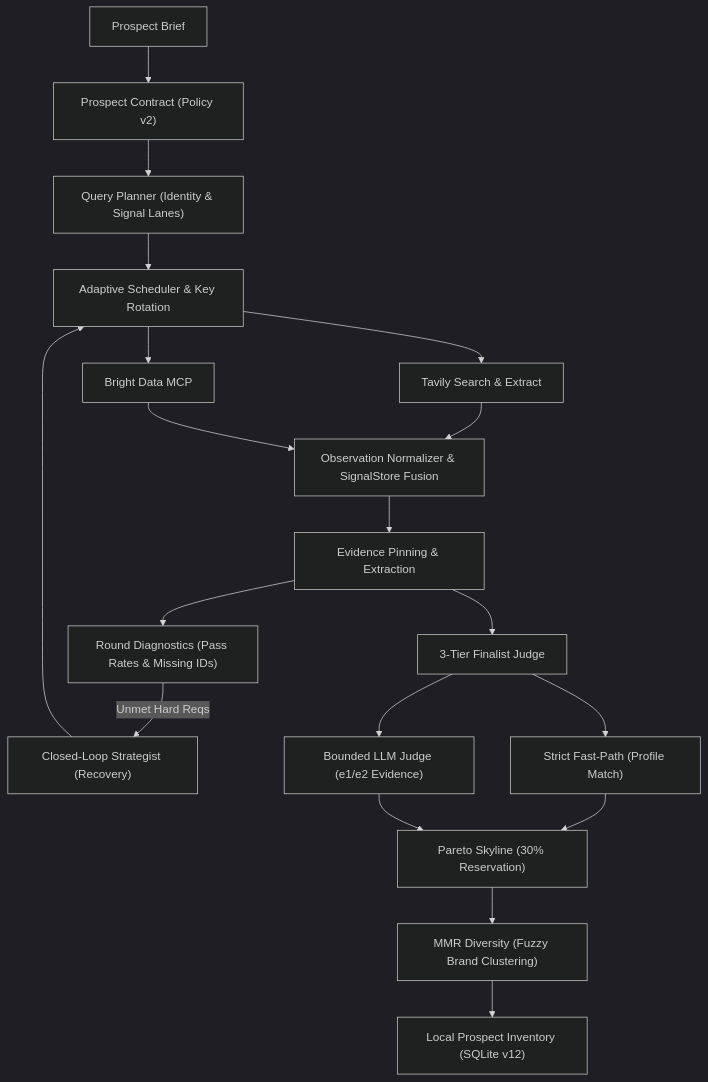
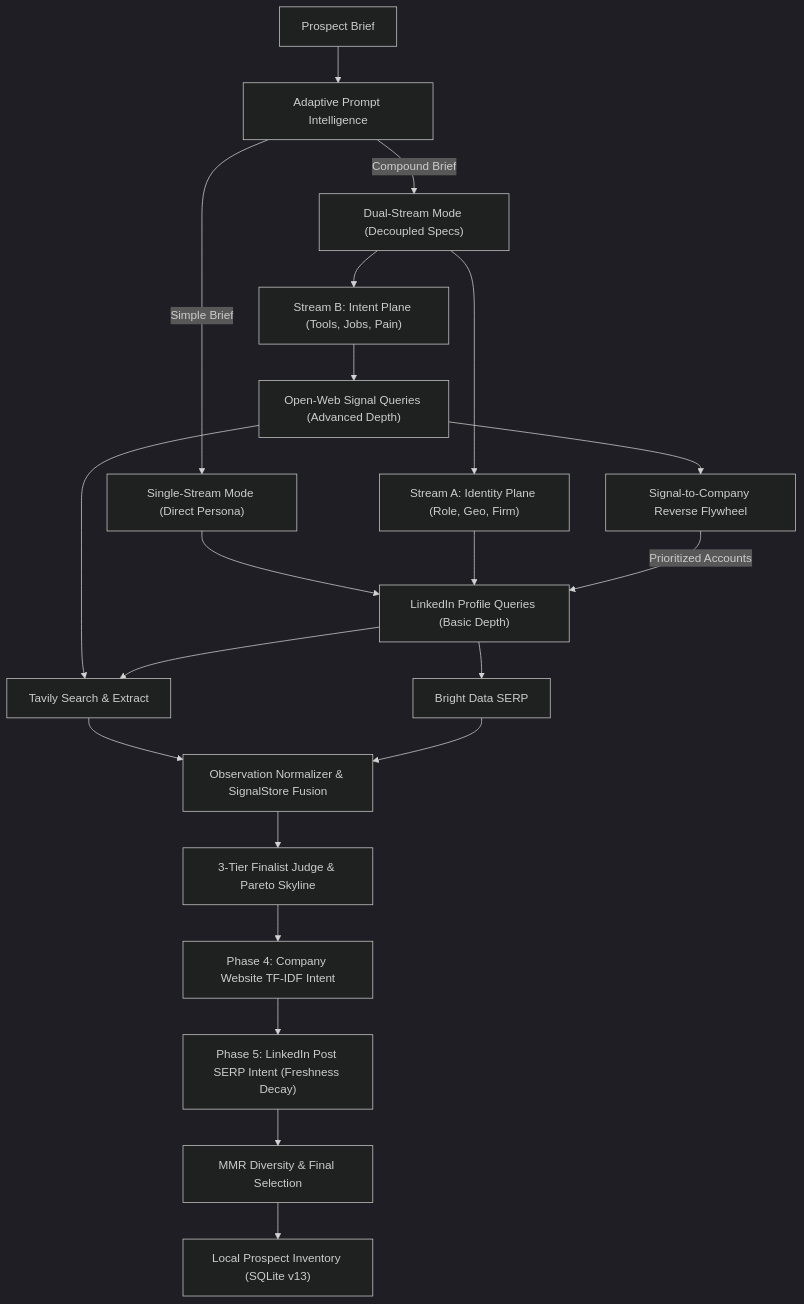
Before and after one commit to AliasHolmes/Apex-CRM: the first of 2 diagrams in README.md, drawn with Mermaid (dark theme). The commit also changed other lines of this file and 27 other files, not shown here.

Commit message:
feat(engine): extract DiscoverySessionEngine, restore full adaptive pipeline, add dual-stream intent decomposition, reverse flywheel, and Phase 5 LinkedIn post intent enrichment

````diff
--- a/README.md
+++ b/README.md
@@ -34,21 +39,23 @@
 ```mermaid
 flowchart TD
-    Brief["Prospect Brief"] --> Contract["Prospect Contract (Policy v2)"]
-    Contract --> Planner["Query Planner (Identity & Signal Lanes)"]
-    Planner --> Scheduler["Adaptive Scheduler & Key Rotation"]
-    Scheduler --> Tavily["Tavily Search & Extract"]
-    Scheduler --> Bright["Bright Data MCP"]
+    Brief["Prospect Brief"] --> Classifier["Adaptive Prompt Intelligence"]
+    Classifier -->|Simple Brief| StreamIdentity["Single-Stream Mode (Direct Persona)"]
+    Classifier -->|Compound Brief| StreamDual["Dual-Stream Mode (Decoupled Specs)"]
+    StreamDual --> StreamA["Stream A: Identity Plane (Role, Geo, Firm)"]
+    StreamDual --> StreamB["Stream B: Intent Plane (Tools, Jobs, Pain)"]
+    StreamIdentity --> PersonQueries["LinkedIn Profile Queries (Basic Depth)"]
+    StreamA --> PersonQueries
+    StreamB --> SignalQueries["Open-Web Signal Queries (Advanced Depth)"]
+    SignalQueries --> Tavily["Tavily Search & Extract"]
+    PersonQueries --> Tavily
+    PersonQueries --> Bright["Bright Data SERP"]
+    SignalQueries --> Flywheel["Signal-to-Company Reverse Flywheel"]
+    Flywheel -->|Prioritized Accounts| PersonQueries
     Tavily --> Fusion["Observation Normalizer & SignalStore Fusion"]
     Bright --> Fusion
-    Fusion --> Evidence["Evidence Pinning & Extraction"]
-    Evidence --> Diagnostics["Round Diagnostics (Pass Rates & Missing IDs)"]
-    Diagnostics -->|Unmet Hard Reqs| Strategist["Closed-Loop Strategist (Recovery)"]
-    Strategist --> Scheduler
-    Evidence --> Judge["3-Tier Finalist Judge"]
-    Judge --> FastPath["Strict Fast-Path (Profile Match)"]
-    Judge --> LLMJudge["Bounded LLM Judge (e1/e2 Evidence)"]
-    FastPath --> Pareto["Pareto Skyline (30% Reservation)"]
-    LLMJudge --> Pareto
-    Pareto --> MMR["MMR Diversity (Fuzzy Brand Clustering)"]
-    MMR --> Inventory["Local Prospect Inventory (SQLite v12)"]
+    Fusion --> Judge["3-Tier Finalist Judge & Pareto Skyline"]
+    Judge --> Phase4["Phase 4: Company Website TF-IDF Intent"]
+    Phase4 --> Phase5["Phase 5: LinkedIn Post SERP Intent (Freshness Decay)"]
+    Phase5 --> MMR["MMR Diversity & Final Selection"]
+    MMR --> Inventory["Local Prospect Inventory (SQLite v13)"]
 ```
````
